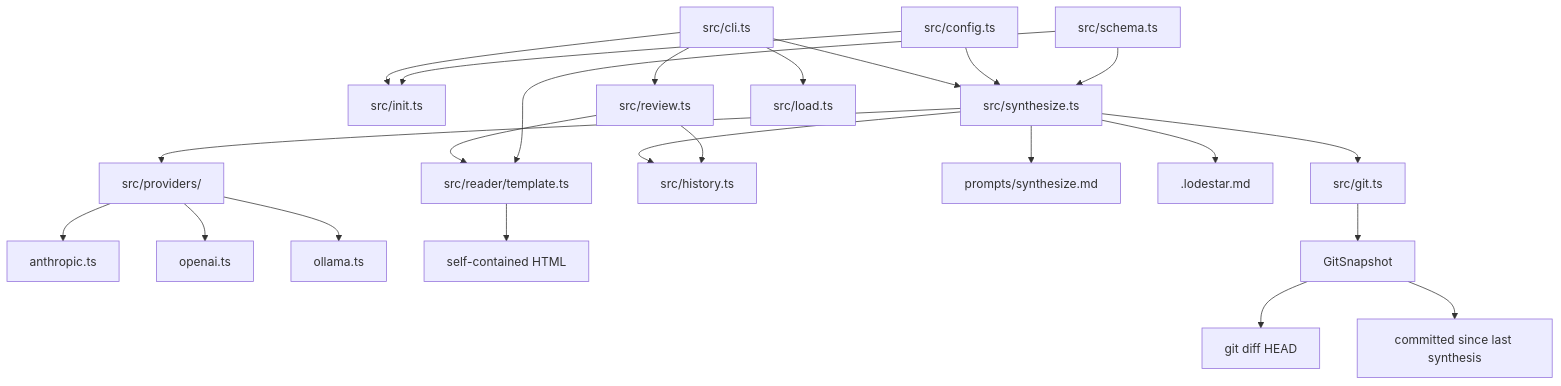
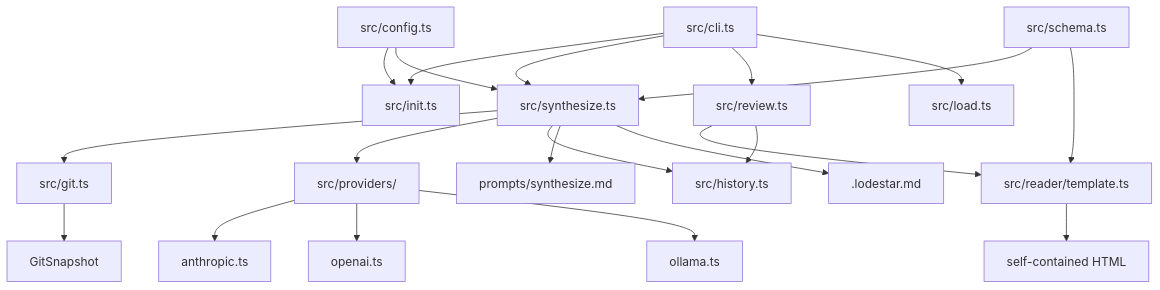
One commit to Kgard/LodeStar changed the first of 2 diagrams in .lodestar.md. Above: the diagram before and after it, drawn with Mermaid. The commit also changed other lines of this file and 3 other files, not shown here.

````diff
--- a/.lodestar.md
+++ b/.lodestar.md
@@ -40,25 +40,23 @@
 ```mermaid
 graph TD
     CLI[src/cli.ts] --> INIT[src/init.ts]
     CLI --> SYNTH[src/synthesize.ts]
     CLI --> REVIEW[src/review.ts]
     CLI --> LOAD[src/load.ts]
     SYNTH --> GIT[src/git.ts]
     SYNTH --> PROVIDERS[src/providers/]
     SYNTH --> HISTORY[src/history.ts]
     PROVIDERS --> ANTHROPIC[anthropic.ts]
     PROVIDERS --> OPENAI[openai.ts]
     PROVIDERS --> OLLAMA[ollama.ts]
     SYNTH --> PROMPT[prompts/synthesize.md]
     SYNTH --> LODESTAR[.lodestar.md]
     REVIEW --> TEMPLATE[src/reader/template.ts]
     REVIEW --> HISTORY
     TEMPLATE --> HTML[self-contained HTML]
     GIT --> SNAPSHOT[GitSnapshot]
-    SNAPSHOT --> UNCOMMITTED[git diff HEAD]
-    SNAPSHOT --> COMMITTED[committed since last synthesis]
     CONFIG[src/config.ts] --> INIT
     CONFIG --> SYNTH
     SCHEMA[src/schema.ts] --> SYNTH
     SCHEMA --> TEMPLATE
 ```
````
